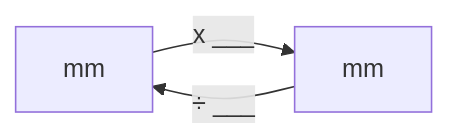
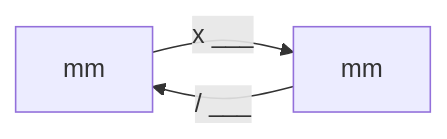
The third of 3 diagrams in docs/6e/MouvementTerre/RevolRotation.md (dubois-svt/courssvt), drawn with Mermaid before and after one commit. The commit also changed other lines of this file, not shown here.

````diff
--- a/docs/6e/MouvementTerre/RevolRotation.md
+++ b/docs/6e/MouvementTerre/RevolRotation.md
@@ -111,6 +110,5 @@
 ```mermaid
 flowchart LR
     A[cm] -- x ___ --> B[mm]
-    B -- ÷  ___  --> A[mm]
-
+    B -- /  ___  --> A[mm]
 ```
````
